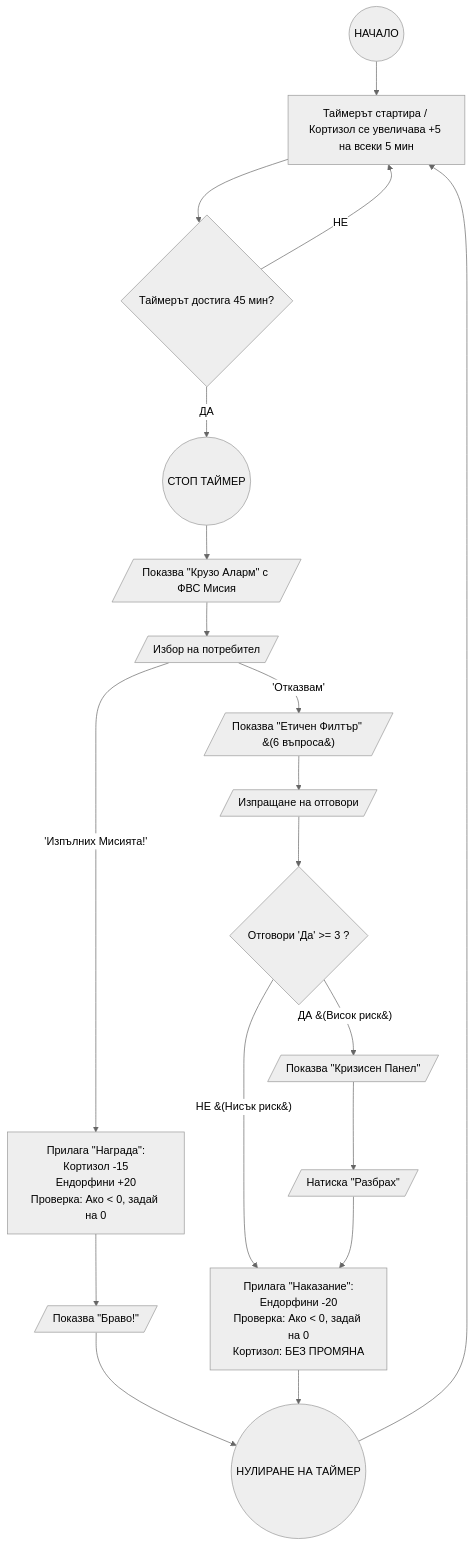
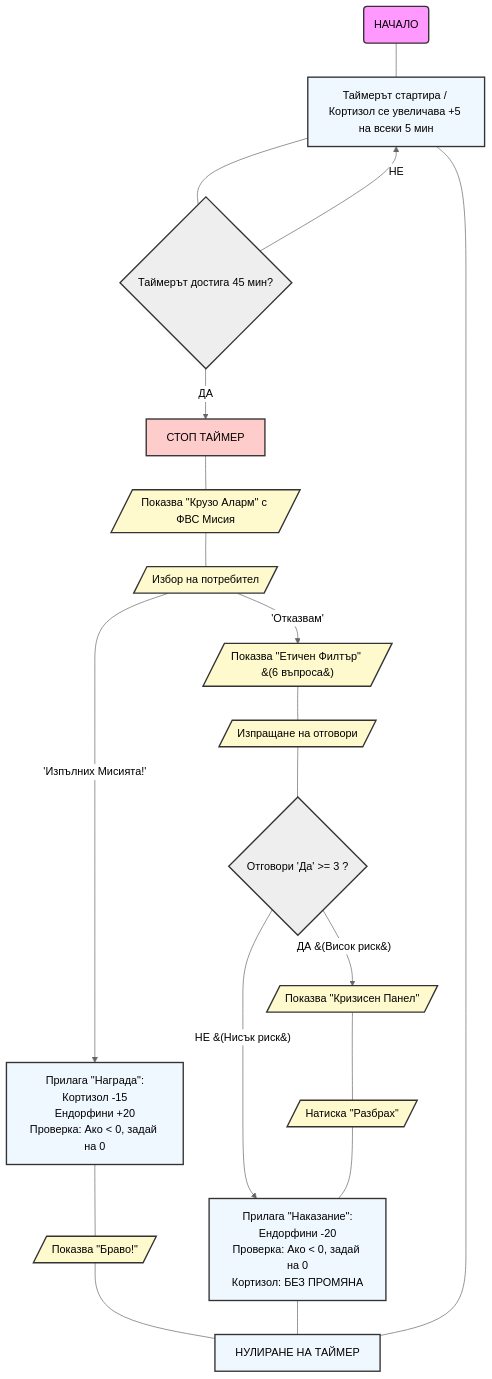
Before and after one commit to DiGeNik/Social-Compass: the diagram in logic-flowchart.md, drawn with Mermaid (neutral theme).

````diff
--- a/logic-flowchart.md
+++ b/logic-flowchart.md
@@ -1,21 +1,48 @@
 ```mermaid
 graph TD
-    A((НАЧАЛО)) --> B[Таймерът стартира / Кортизол се увеличава +5 на всеки 5 мин];
-    B --> C{Таймерът достига 45 мин?};
+    %% Дефиниции на цветовете
+    classDef startEnd fill:#f9f,stroke:#333,stroke-width:2px;
+    classDef function fill:#f0f8ff,stroke:#333,stroke-width:2px;
+    classDef io fill:#fffacd,stroke:#333,stroke-width:2px;
+    classDef condition fill:#lightgreen,stroke:#333,stroke-width:2px;
+    classDef stop fill:#ffcccc,stroke:#333,stroke-width:2px;
+    %% Начало
+    A(НАЧАЛО) --- B[Таймерът стартира / Кортизол се увеличава +5 на всеки 5 мин];
+    class A startEnd;
+    class B function;
+    %% Основен цикъл
+    B --- C{Таймерът достига 45 мин?};
+    class C condition;
     C -- "НЕ" --> B;
-    C -- "ДА" --> E((СТОП ТАЙМЕР));
-    E --> F[/Показва &quot;Крузо Аларм&quot; с ФВС Мисия/];
-    F --> G[/Избор на потребител/];
+    C -- "ДА" --> E[СТОП ТАЙМЕР];
+    class E stop;
+    %% Разклонение
+    E --- F[/Показва &quot;Крузо Аларм&quot; с ФВС Мисия/];
+    F --- G[/Избор на потребител/];
+    class F,G io;
+    %% Път 1: Изпълнение
     G -- "'Изпълних Мисията!'" --> H[Прилага &quot;Награда&quot;:<br>Кортизол -15<br>Ендорфини +20<br>Проверка: Ако < 0, задай на 0];
-    H --> I[/Показва &quot;Браво!&quot;/];
-    I --> Z((НУЛИРАНЕ НА ТАЙМЕР));
+    H --- I[/Показва &quot;Браво!&quot;/];
+    I --- Z[НУЛИРАНЕ НА ТАЙМЕР];
+    class H function;
+    class I io;
+    class Z function;
+    %% Път 2: Отказ
     G -- "'Отказвам'" --> K[/Показва &quot;Етичен Филтър&quot; &#40;6 въпроса&#41;/];
-    K --> L[/Изпращане на отговори/];
-    L --> M{Отговори &apos;Да&apos; >= 3 ?};
+    K --- L[/Изпращане на отговори/];
+    L --- M{Отговори &apos;Да&apos; >= 3 ?};
+    class K,L io;
+    class M condition;
+    %% Път 2A: Нисък риск
     M -- "НЕ &#40;Нисък риск&#41;" --> N[Прилага &quot;Наказание&quot;:<br>Ендорфини -20<br>Проверка: Ако < 0, задай на 0<br>Кортизол: БЕЗ ПРОМЯНА];
-    N --> Z;
+    N --- Z;
+    class N function;
+    %% Път 2B: Висок риск
     M -- "ДА &#40;Висок риск&#41;" --> O[/Показва &quot;Кризисен Панел&quot;/];
-    O --> P[/Натиска &quot;Разбрах&quot;/];
-    P --> N;
-    Z --> B;
+    O --- P[/Натиска &quot;Разбрах&quot;/];
+    P --- N;
+    class O io;
+    class P io;
+    %% Събиране
+    Z --- B;
 ```
````
